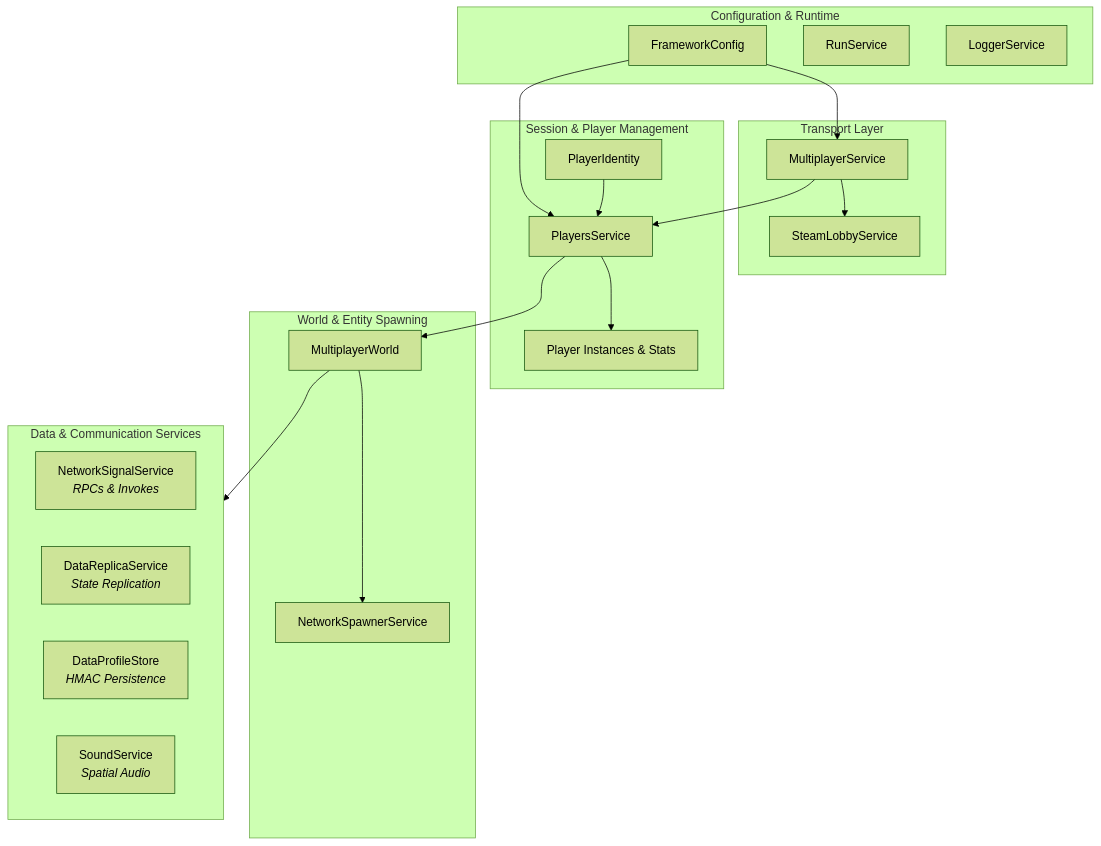
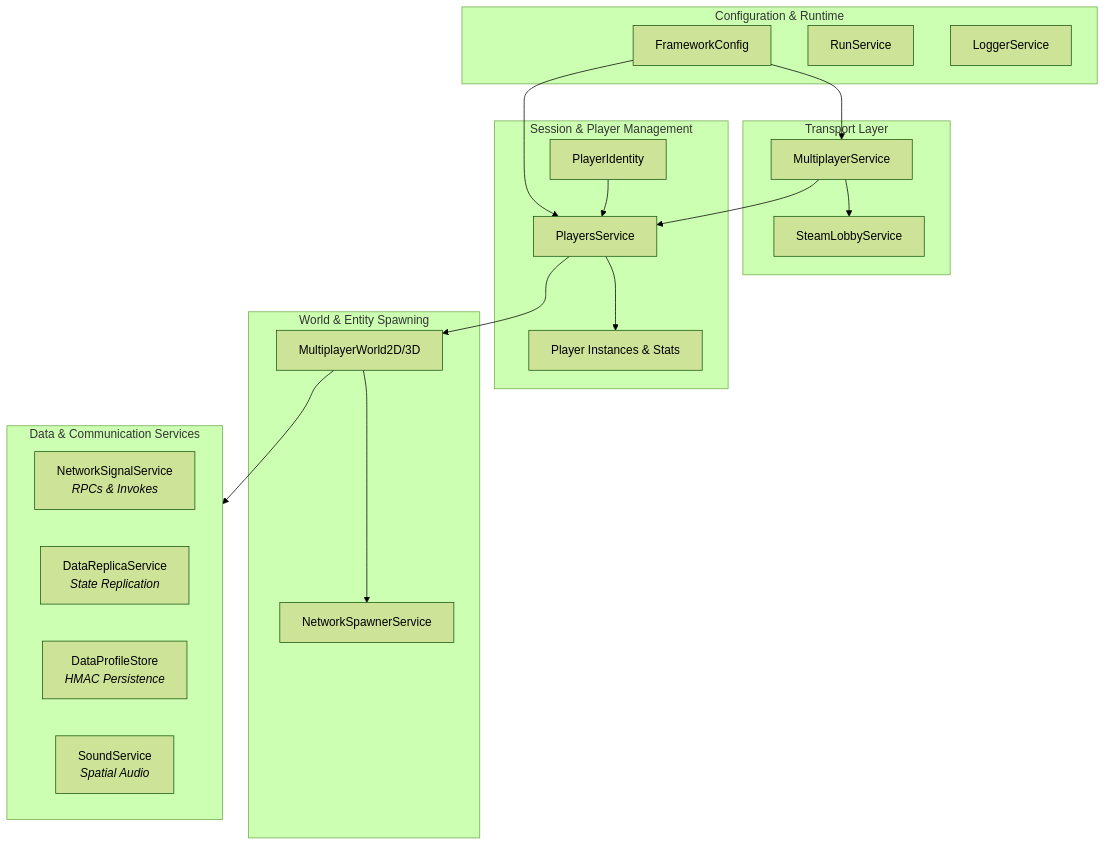
One commit to oFeela/Godot-Multiplayer-Framework changed the diagram in README.md. Above: the diagram before and after it, drawn with Mermaid (forest theme). The commit also changed other lines of this file and 14 other files, not shown here.

````diff
--- a/README.md
+++ b/README.md
@@ -33,41 +33,41 @@
 ```mermaid
 graph TD
 	subgraph Config [Configuration & Runtime]
 		FC[FrameworkConfig]
 		RS[RunService]
 		LS[LoggerService]
 	end
 
 	subgraph Network [Transport Layer]
 		MS[MultiplayerService]
 		SLS[SteamLobbyService]
 	end
 
 	subgraph Sessions [Session & Player Management]
 		PS[PlayersService]
 		PI[PlayerIdentity]
 		P[Player Instances & Stats]
 	end
 
 	subgraph World [World & Entity Spawning]
-		MW[MultiplayerWorld]
+		MW[MultiplayerWorld2D/3D]
 		NSS[NetworkSpawnerService]
 	end
 
 	subgraph CoreServices [Data & Communication Services]
 		NSSig[NetworkSignalService<br/><i>RPCs & Invokes</i>]
 		DRS[DataReplicaService<br/><i>State Replication</i>]
 		DPS[DataProfileStore<br/><i>HMAC Persistence</i>]
 		SS[SoundService<br/><i>Spatial Audio</i>]
 	end
 
 	FC --> MS
 	FC --> PS
 	MS --> SLS
 	MS --> PS
 	PI --> PS
 	PS --> P
 	PS --> MW
 	MW --> NSS
 	MW --> CoreServices
 ```
````
